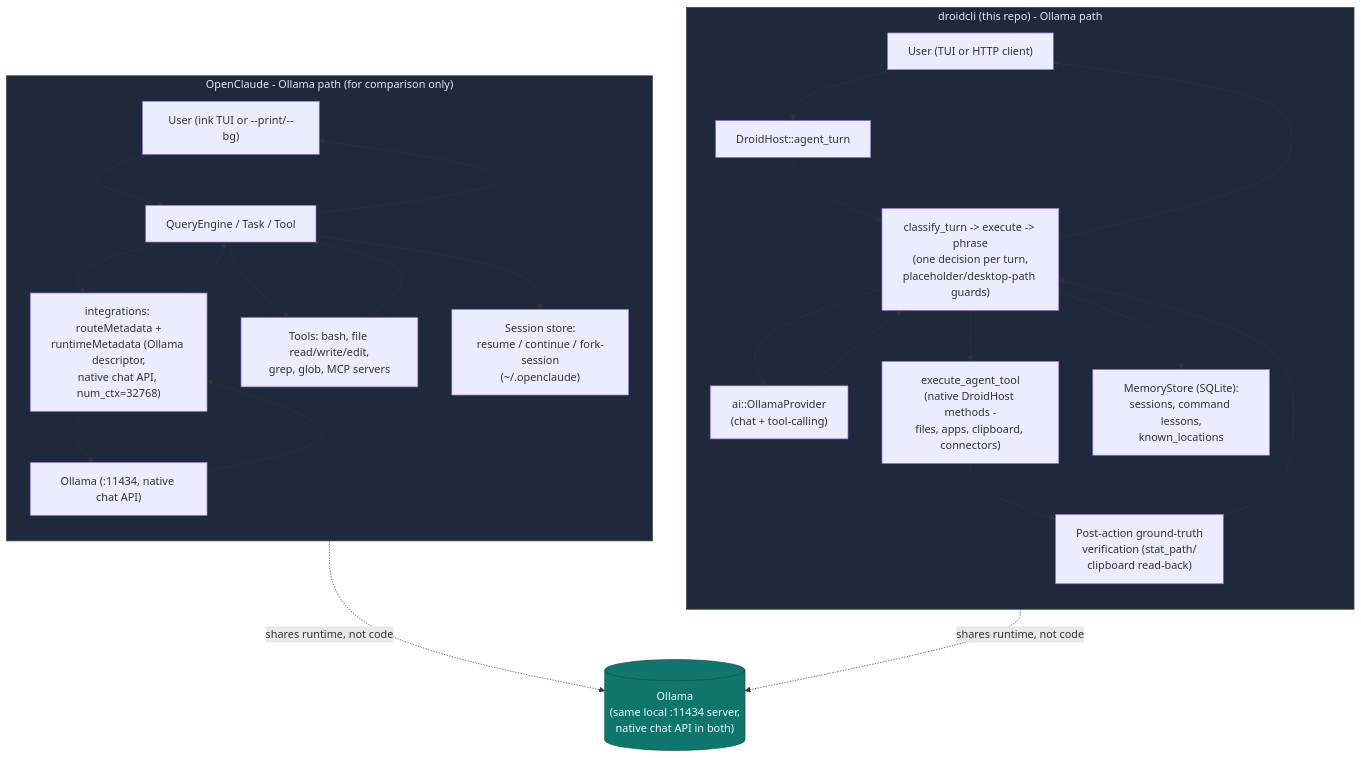
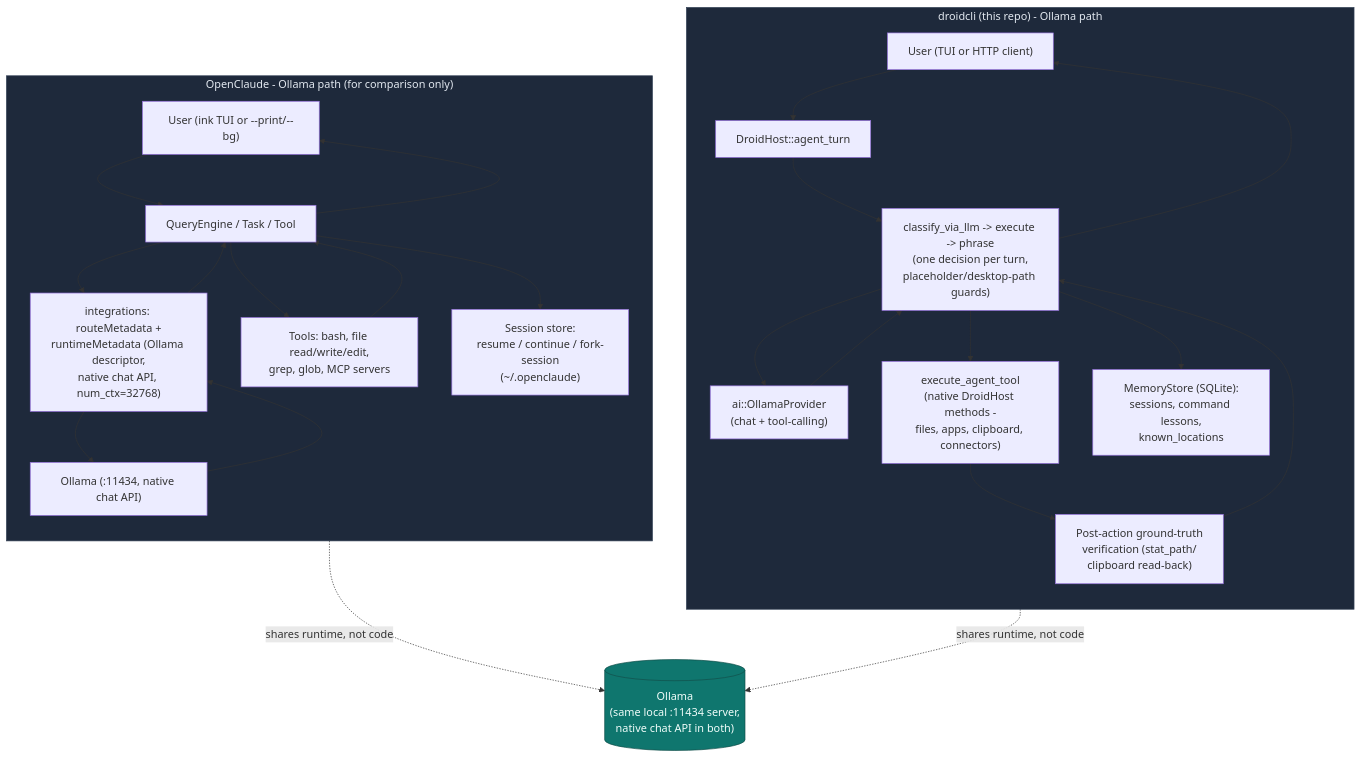
The sixth of 6 diagrams in ARCHITECTURE.md (vecnode/droidcli), drawn with Mermaid before and after one commit. The commit also changed other lines of this file and 24 other files, not shown here.

````diff
--- a/ARCHITECTURE.md
+++ b/ARCHITECTURE.md
@@ -1066,44 +1000,44 @@
 ```mermaid
 flowchart TB
     subgraph droidcli["droidcli (this repo) - Ollama path"]
         direction TB
         DUser["User (TUI or HTTP client)"]
         DHost["DroidHost::agent_turn"]
-        DLoop["classify_turn -> execute -> phrase\n(one decision per turn,\nplaceholder/desktop-path guards)"]
+        DLoop["classify_via_llm -> execute -> phrase\n(one decision per turn,\nplaceholder/desktop-path guards)"]
         DOllama["ai::OllamaProvider\n(chat + tool-calling)"]
         DTools["execute_agent_tool\n(native DroidHost methods -\nfiles, apps, clipboard, connectors)"]
         DVerify["Post-action ground-truth\nverification (stat_path/\nclipboard read-back)"]
         DMem["MemoryStore (SQLite):\nsessions, command lessons,\nknown_locations"]
 
         DUser --> DHost --> DLoop
         DLoop --> DOllama
         DOllama --> DLoop
         DLoop --> DTools --> DVerify --> DLoop
         DLoop --> DMem
         DLoop --> DUser
     end
 
     subgraph openclaude["OpenClaude - Ollama path (for comparison only)"]
         direction TB
         OUser["User (ink TUI or --print/--bg)"]
         OQuery["QueryEngine / Task / Tool"]
         ORoute["integrations: routeMetadata +\nruntimeMetadata (Ollama descriptor,\nnative chat API, num_ctx=32768)"]
         OOllama["Ollama (:11434, native chat API)"]
         OTools["Tools: bash, file read/write/edit,\ngrep, glob, MCP servers"]
         OSession["Session store:\nresume / continue / fork-session\n(~/.openclaude)"]
 
         OUser --> OQuery
         OQuery --> ORoute --> OOllama --> ORoute --> OQuery
         OQuery --> OTools --> OQuery
         OQuery --> OSession
         OQuery --> OUser
     end
 
     OllamaShared[("Ollama\n(same local :11434 server,\nnative chat API in both)")]
     DOllama -.shares runtime, not code.-> OllamaShared
     OOllama -.shares runtime, not code.-> OllamaShared
 
     style droidcli fill:#1e293b,color:#e2e8f0,stroke:#334155
     style openclaude fill:#1e293b,color:#e2e8f0,stroke:#334155
     style OllamaShared fill:#0f766e,color:#f0fdfa,stroke:#134e4a
 ```
````
